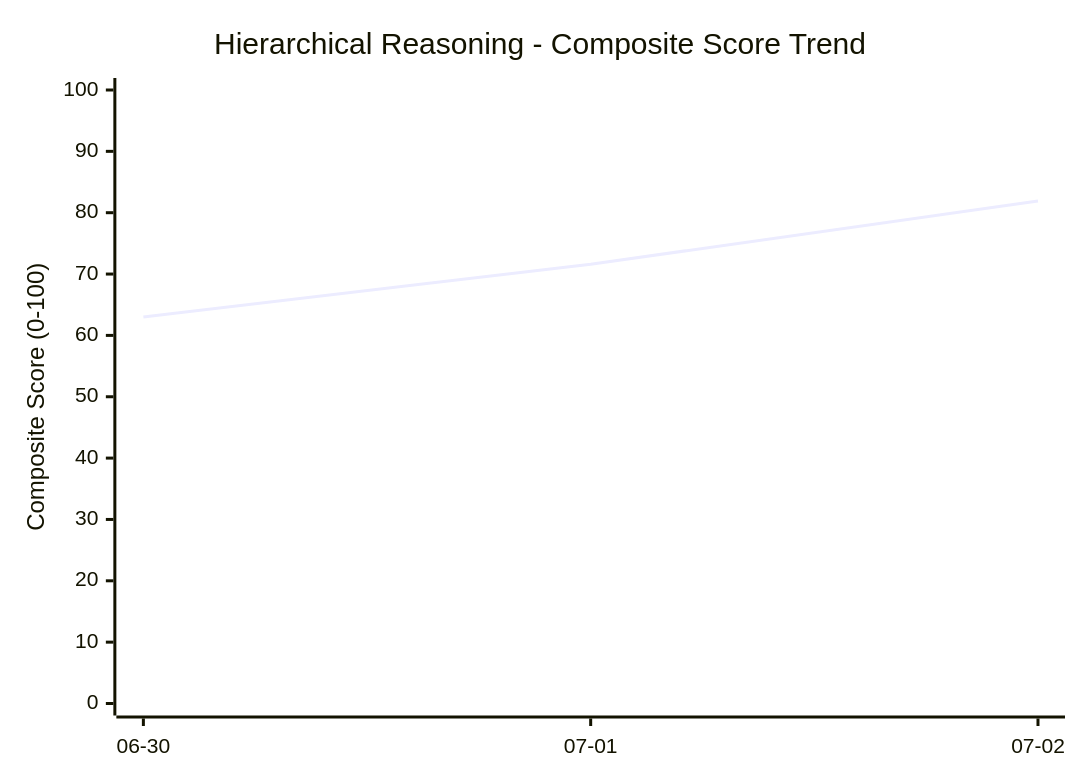
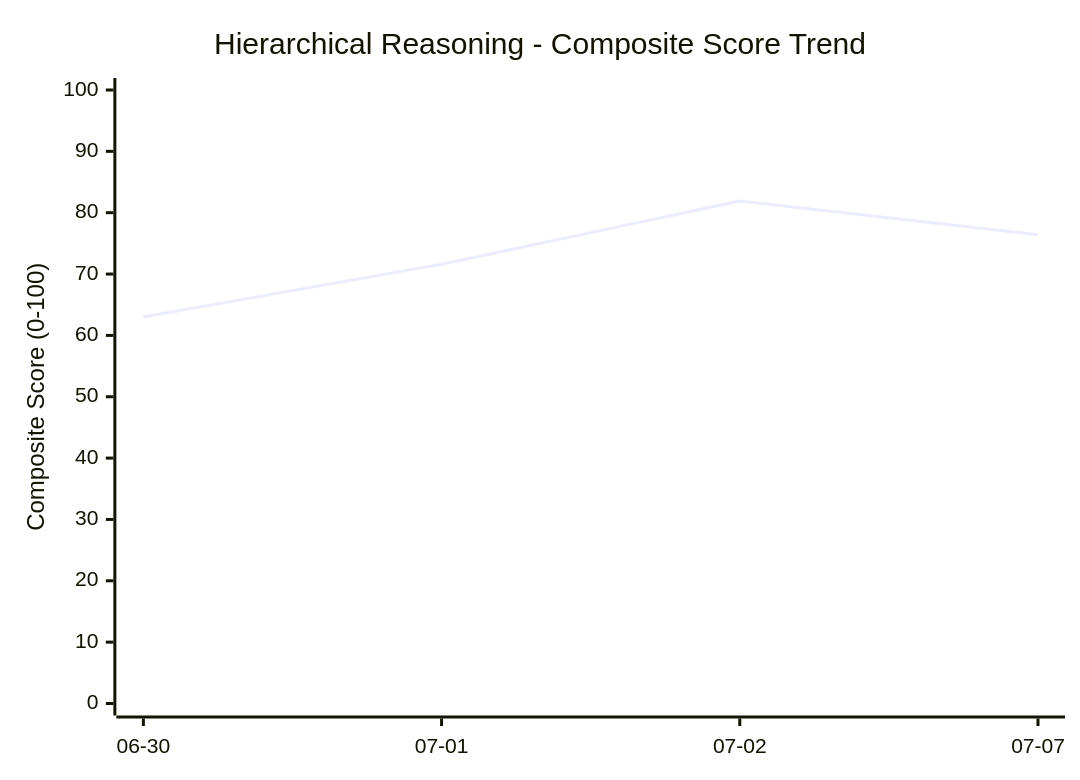
The diagram in reasoning-framework/progress/tracker.md (etai83/agentic_trading_orchestration), drawn with Mermaid before and after one commit. The commit also changed other lines of this file and 1 other file, not shown here.

Commit message:
feat(deconstruction): add and analyze 2026-07-07 reasoning session on space-time

````diff
--- a/reasoning-framework/progress/tracker.md
+++ b/reasoning-framework/progress/tracker.md
@@ -13,7 +14,7 @@
 ```mermaid
 xychart-beta
     title "Hierarchical Reasoning - Composite Score Trend"
-    x-axis ["06-30", "07-01", "07-02"]
+    x-axis ["06-30", "07-01", "07-02", "07-07"]
     y-axis "Composite Score (0-100)" 0 --> 100
-    line [63.0, 71.6, 81.9]
+    line [63.0, 71.6, 81.9, 76.4]
 ```
````
